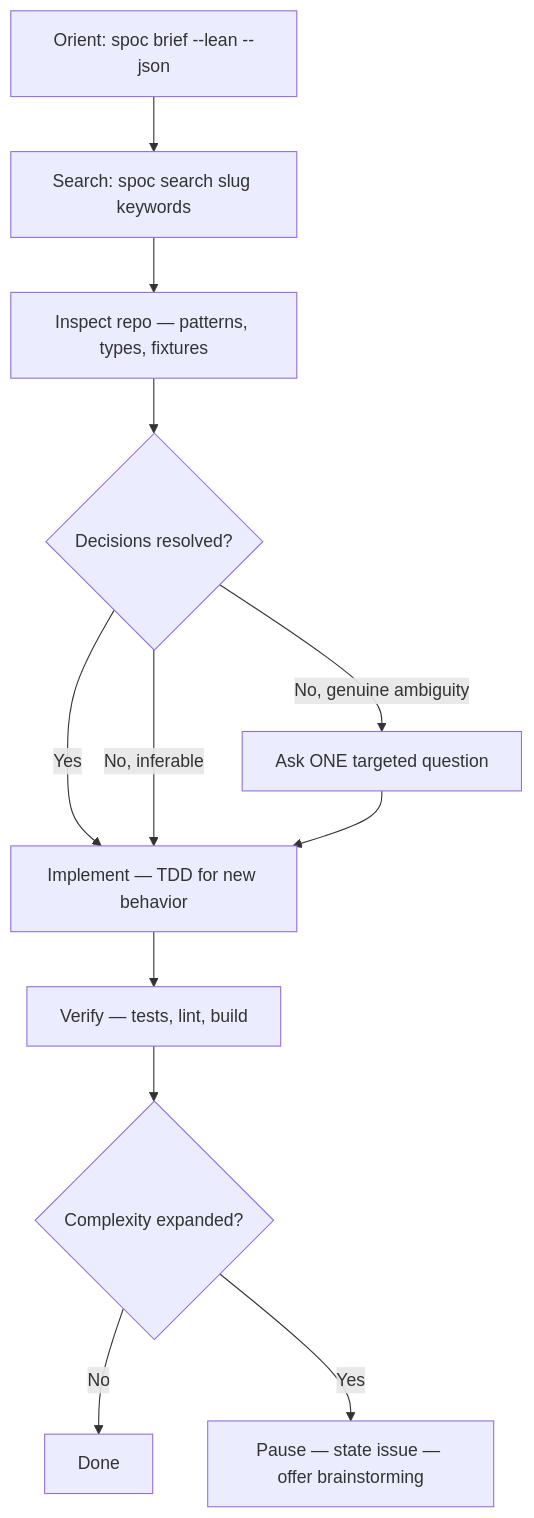
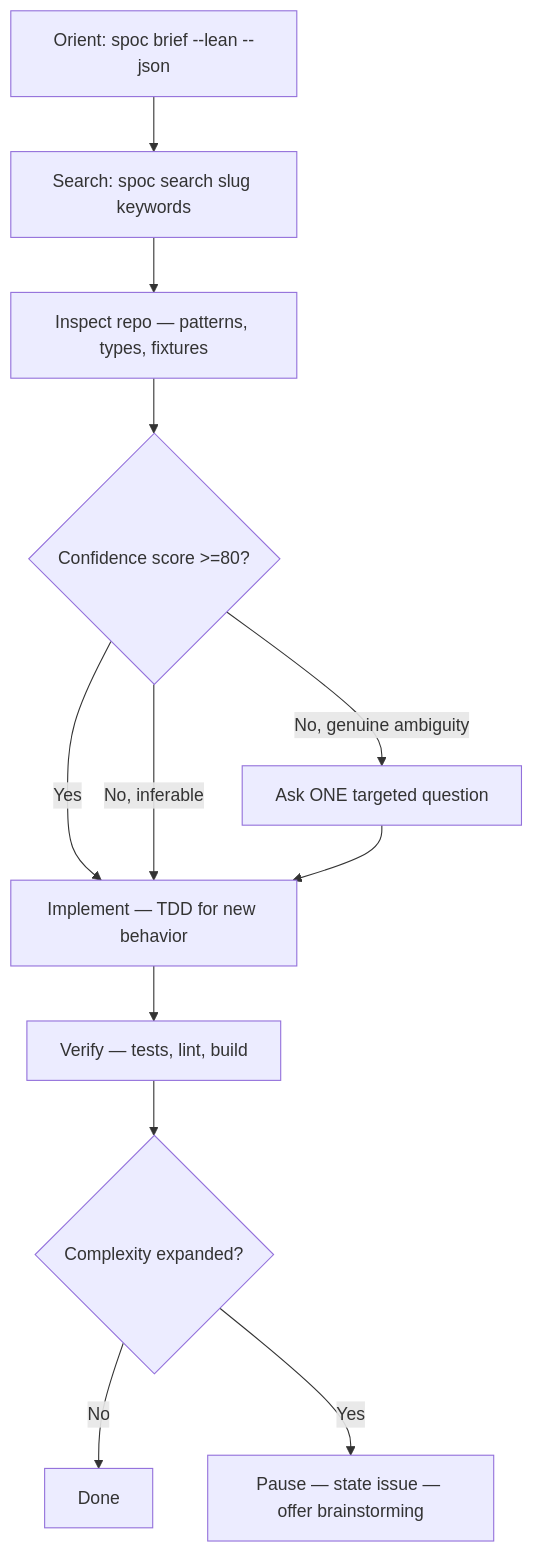
One commit to rryando/SPOC changed the diagram in opencode/spoc/skills/code-agent/SKILL.md. Above: the diagram before and after it, drawn with Mermaid. The commit also changed other lines of this file and 20 other files, not shown here.

````diff
--- a/opencode/spoc/skills/code-agent/SKILL.md
+++ b/opencode/spoc/skills/code-agent/SKILL.md
@@ -14,14 +14,14 @@
 ```mermaid
 flowchart TD
     A[Orient: spoc brief --lean --json] --> B[Search: spoc search slug keywords]
     B --> C[Inspect repo — patterns, types, fixtures]
-    C --> D{Decisions resolved?}
+    C --> D{Confidence score >=80?}
     D -->|Yes| E[Implement — TDD for new behavior]
     D -->|No, inferable| E
     D -->|No, genuine ambiguity| F[Ask ONE targeted question]
     F --> E
     E --> G[Verify — tests, lint, build]
     G --> H{Complexity expanded?}
     H -->|No| I[Done]
     H -->|Yes| J[Pause — state issue — offer brainstorming]
 ```
````
